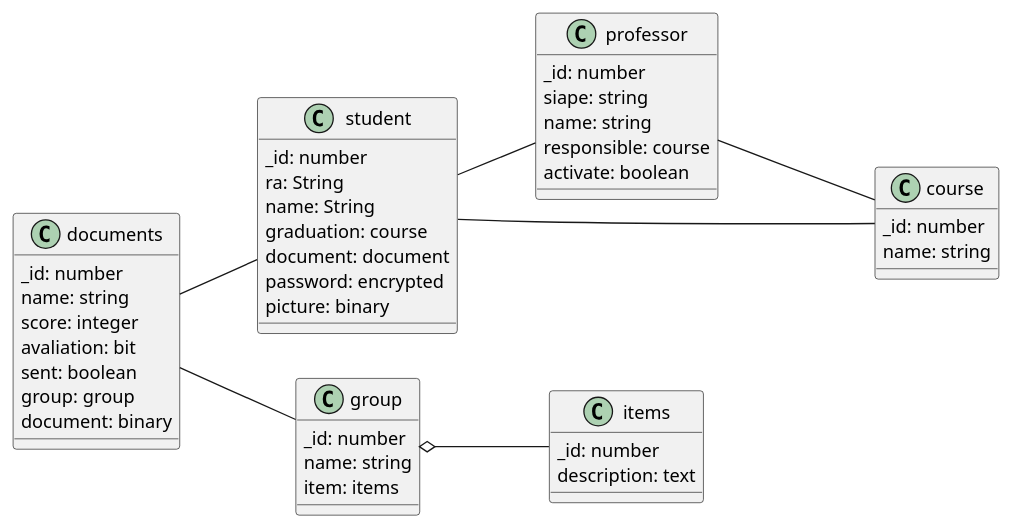
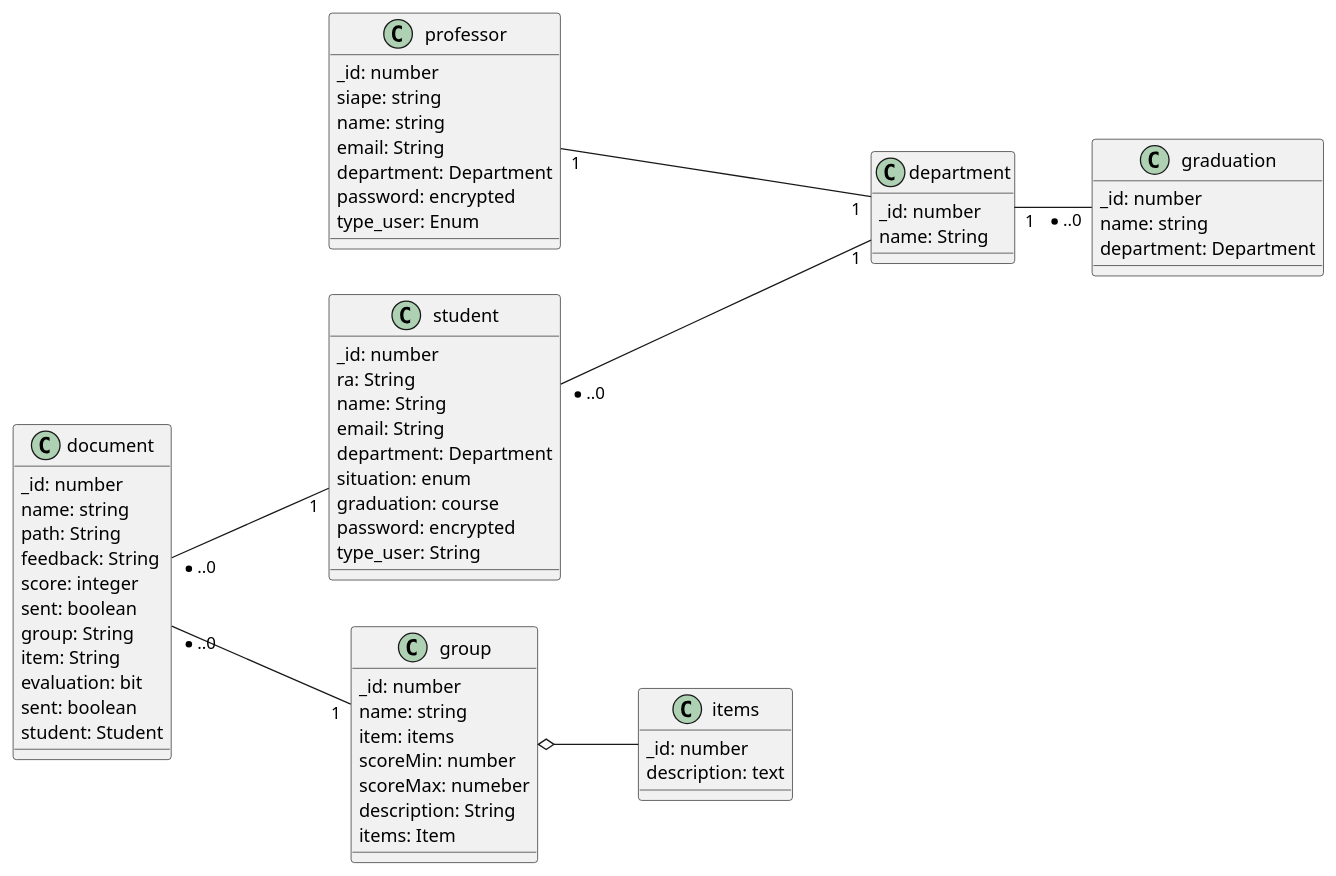
One commit to rodrigoRolim/AC-backend changed the diagram in design/database-modeling/database-modeling.wsd. Above: the diagram before and after it, drawn with PlantUML. The commit also changed 12 other files, not shown here.

```diff
--- a/design/database-modeling/database-modeling.wsd
+++ b/design/database-modeling/database-modeling.wsd
@@ -1,47 +1,64 @@
 @startuml
 left to right direction
 class student {
     _id: number
     ra: String
     name: String
+    email: String
+    department: Department
+    situation: enum
     graduation: course
-    document: document
     password: encrypted
-    picture: binary
+    type_user: String
 }
-class documents {
+class document {
     _id: number
     name: string
+    path: String
+    feedback: String
     score: integer
-    avaliation: bit
     sent: boolean
-    group: group
-    document: binary
+    group: String
+    item: String
+    evaluation: bit
+    sent: boolean
+    student: Student
 }
 class group {
     _id: number
     name: string
     item: items
+    scoreMin: number
+    scoreMax: numeber
+    description: String
+    items: Item
 }
 class items {
     _id: number
     description: text 
 }
 class professor {
     _id: number
     siape: string
     name: string
-    responsible: course
-    activate: boolean
+    email: String
+    department: Department
+    password: encrypted
+    type_user: Enum
 }
-class course {
+class graduation {
     _id: number
     name: string
+    department: Department
 }
-documents -- group
+class department {
+    _id: number
+    name: String
+}
+document "*..0"--- "1" group
 group o-- items
-documents -- student
-student -- course
-student -- professor
-professor --- course 
+document "*..0" --- "1" student
+student "*..0" --- "1" department
+department "1" -- "*..0" graduation
+professor "1" --- "1" department 
 @enduml
```
